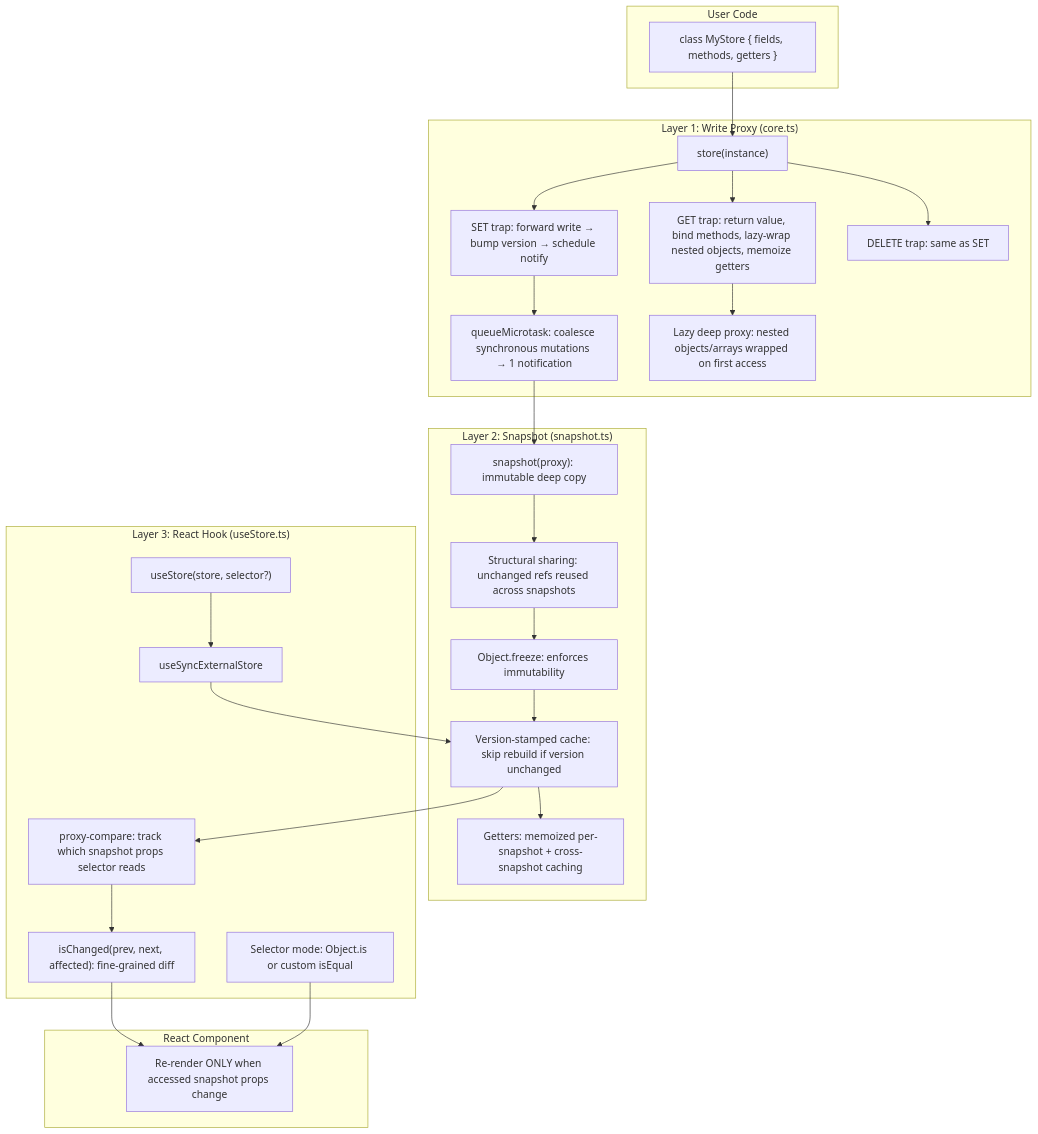
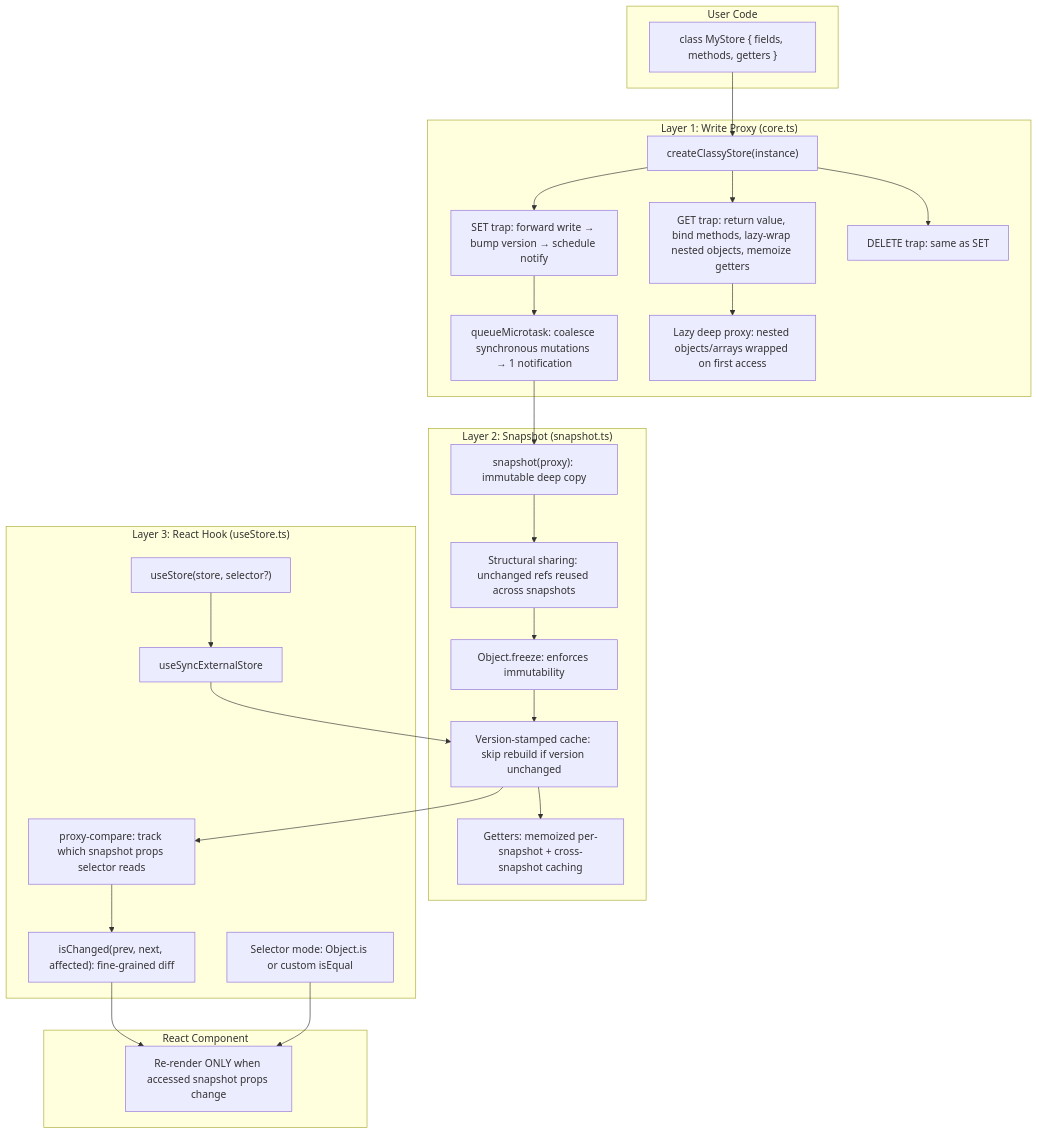
One commit to codeBelt/classy-store changed the first of 9 diagrams in website/docs/ARCHITECTURE.md. Above: the diagram before and after it, drawn with Mermaid. The commit also changed other lines of this file and 25 other files, not shown here.

First line of the commit message:
refactor: replace store with createClassyStore across the codebase (#4)

````diff
--- a/website/docs/ARCHITECTURE.md
+++ b/website/docs/ARCHITECTURE.md
@@ -9,53 +9,53 @@
 ```mermaid
 flowchart TB
   subgraph userCode ["User Code"]
     ClassDef["class MyStore { fields, methods, getters }"]
   end
 
   subgraph layer1 ["Layer 1: Write Proxy (core.ts)"]
-    storeFn["store(instance)"]
+    storeFn["createClassyStore(instance)"]
     SetTrap["SET trap: forward write → bump version → schedule notify"]
     GetTrap["GET trap: return value, bind methods, lazy-wrap nested objects, memoize getters"]
     DeleteTrap["DELETE trap: same as SET"]
     Batch["queueMicrotask: coalesce synchronous mutations → 1 notification"]
     DeepProxy["Lazy deep proxy: nested objects/arrays wrapped on first access"]
   end
 
   subgraph layer2 ["Layer 2: Snapshot (snapshot.ts)"]
     SnapshotFn["snapshot(proxy): immutable deep copy"]
     StructuralShare["Structural sharing: unchanged refs reused across snapshots"]
     Freeze["Object.freeze: enforces immutability"]
     VersionCache["Version-stamped cache: skip rebuild if version unchanged"]
     GetterEval["Getters: memoized per-snapshot + cross-snapshot caching"]
   end
 
   subgraph layer3 ["Layer 3: React Hook (useStore.ts)"]
     UseStore["useStore(store, selector?)"]
     USES["useSyncExternalStore"]
     ProxyCompare["proxy-compare: track which snapshot props selector reads"]
     IsChanged["isChanged(prev, next, affected): fine-grained diff"]
     SelectorMode["Selector mode: Object.is or custom isEqual"]
   end
 
   subgraph component ["React Component"]
     Render["Re-render ONLY when accessed snapshot props change"]
   end
 
   ClassDef --> storeFn
   storeFn --> SetTrap
   storeFn --> GetTrap
   storeFn --> DeleteTrap
   SetTrap --> Batch
   Batch --> SnapshotFn
   GetTrap --> DeepProxy
   SnapshotFn --> StructuralShare
   StructuralShare --> Freeze
   Freeze --> VersionCache
   VersionCache --> GetterEval
   UseStore --> USES
   USES --> VersionCache
   VersionCache --> ProxyCompare
   ProxyCompare --> IsChanged
   IsChanged --> Render
   SelectorMode --> Render
 ```
````
